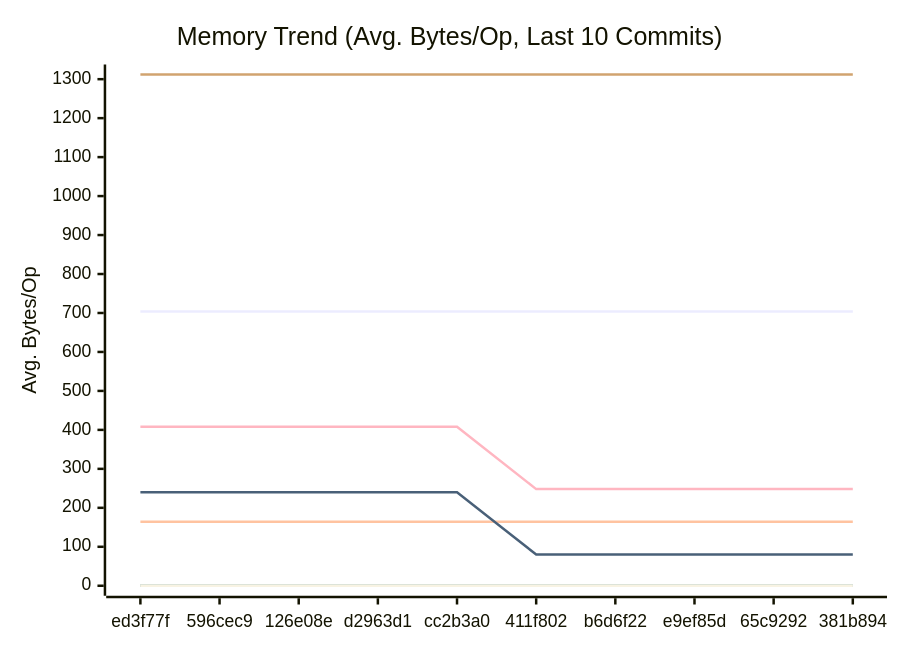
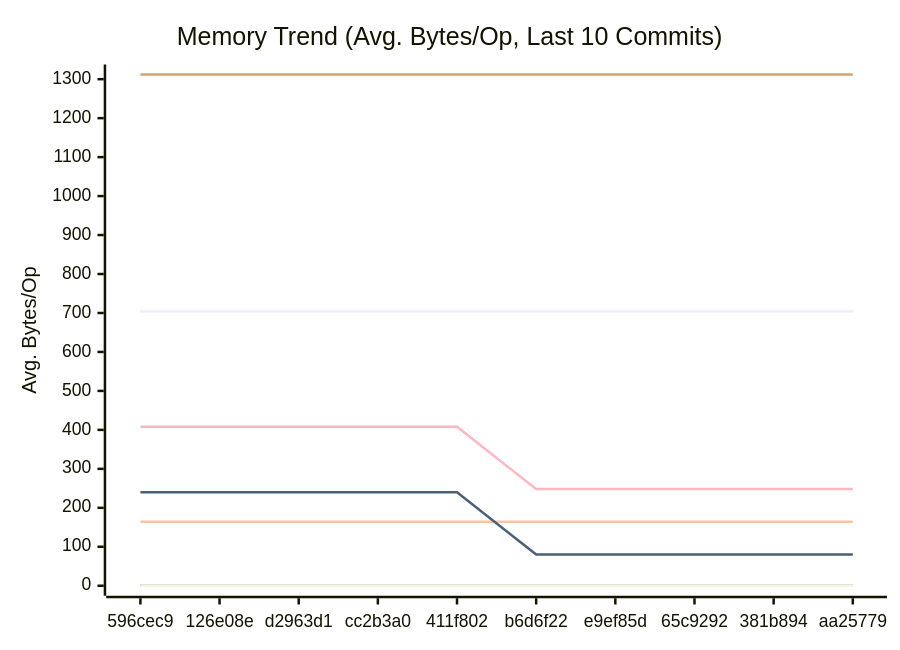
The second of 3 diagrams in docs/PERFORMANCE.md (alsotoes/momo), drawn with Mermaid before and after one commit. The commit also changed other lines of this file and 3 other files, not shown here.

````diff
--- a/docs/PERFORMANCE.md
+++ b/docs/PERFORMANCE.md
@@ -152,18 +152,18 @@
 ```mermaid
 xychart-beta
     title "Memory Trend (Avg. Bytes/Op, Last 10 Commits)"
     x-axis "Commit"
     y-axis "Avg. Bytes/Op"
-    x-axis [ed3f77f,596cec9,126e08e,d2963d1,cc2b3a0,411f802,b6d6f22,e9ef85d,65c9292,381b894]
+    x-axis [596cec9,126e08e,d2963d1,cc2b3a0,411f802,b6d6f22,e9ef85d,65c9292,381b894,aa25779]
     line "CheckMetricsAndSwap" [0,0,0,0,0,0,0,0,0,0]
     line "CrushOptimized" [0,0,0,0,0,0,0,0,0,0]
     line "CrushOriginal" [164,164,164,164,164,164,164,164,164,164]
     line "IndexDirectTracking" [0,0,0,0,0,0,0,0,0,0]
     line "IndexSearch" [0,0,0,0,0,0,0,0,0,0]
     line "LoadGlobalConfig" [1312,1312,1312,1312,1312,1312,1312,1312,1312,1312]
     line "PadString" [0,0,0,0,0,0,0,0,0,0]
     line "ParseReplicationOrder_NoPrealloc" [408,408,408,408,408,248,248,248,248,248]
     line "ParseReplicationOrder_Prealloc" [240,240,240,240,240,80,80,80,80,80]
     line "SanitizeLog/Safe" [0,0,0,0,0,0,0,0,0,0]
     line "SanitizeLog/Unsafe" [704,704,704,704,704,704,704,704,704,704]
 ```
````
